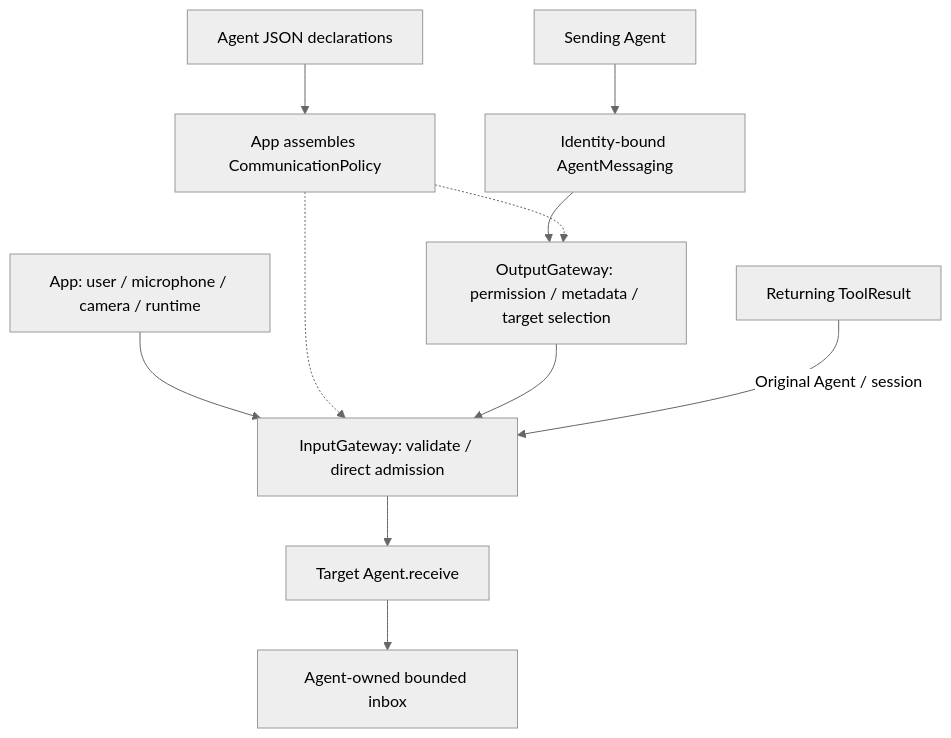
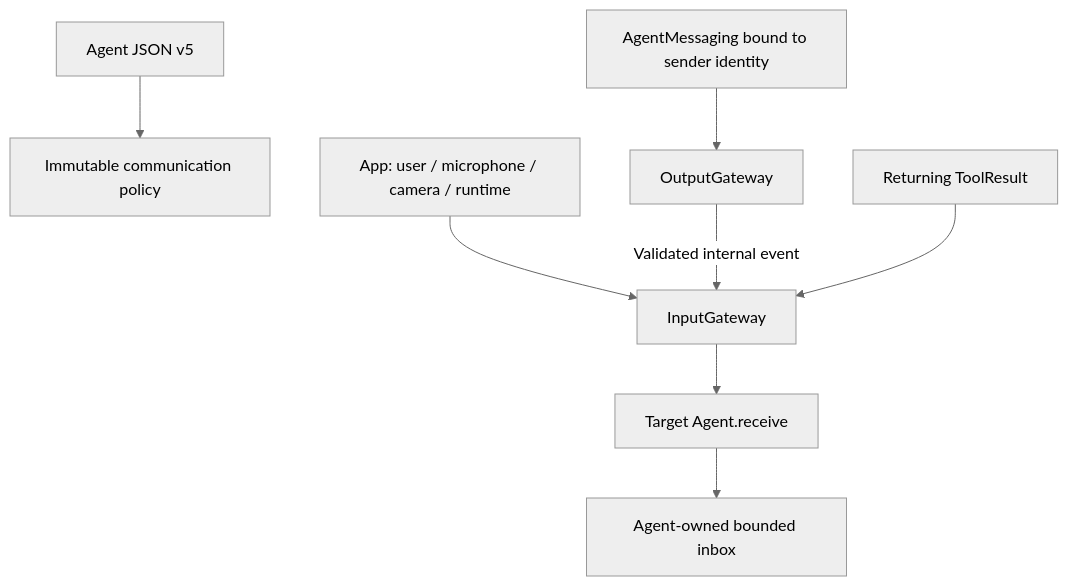
The fourth of 12 diagrams in MobileHarness/README.md (devilyouwei/MobileHarness), drawn with Mermaid (neutral theme) before and after one commit. The commit also changed other lines of this file, not shown here.

Commit message:
docs: refocus MobileHarness architecture guide

````diff
--- a/MobileHarness/README.md
+++ b/MobileHarness/README.md
@@ -327,13 +289,10 @@
 ```mermaid
 flowchart TD
-    Config[Agent JSON declarations] --> Policy[App assembles CommunicationPolicy]
-    External[App: user / microphone / camera / runtime] --> Input[InputGateway: validate / direct admission]
-    Sender[Sending Agent] --> Port[Identity-bound AgentMessaging]
-    Port --> Output[OutputGateway: permission / metadata / target selection]
-    Policy -.-> Output
-    Policy -.-> Input
-    Output --> Input
-    Tool[Returning ToolResult] -->|Original Agent / session| Input
-    Input --> Receive[Target Agent.receive]
-    Receive --> Inbox[Agent-owned bounded inbox]
+    Config[Agent JSON v5] --> Policy[Immutable communication policy]
+    External[App: user / microphone / camera / runtime] --> Input[InputGateway]
+    Sender[AgentMessaging bound to sender identity] --> Output[OutputGateway]
+    Output -->|Validated internal event| Input
+    Tool[Returning ToolResult] --> Input
+    Input --> Target[Target Agent.receive]
+    Target --> Inbox[Agent-owned bounded inbox]
 ```
````
